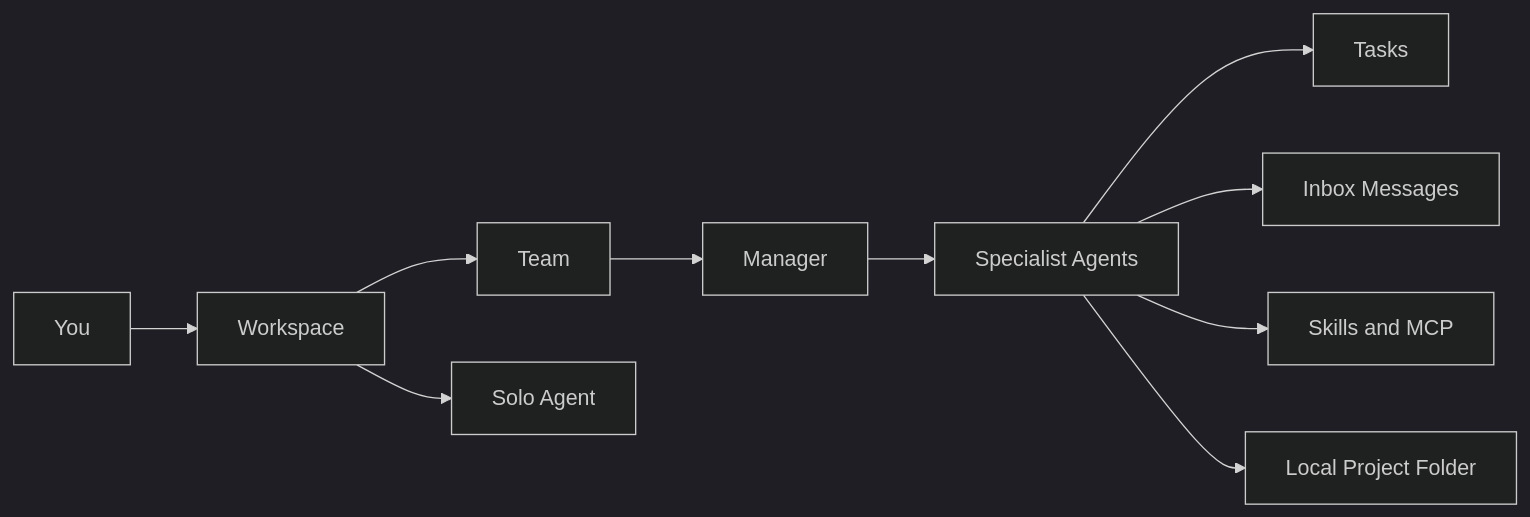
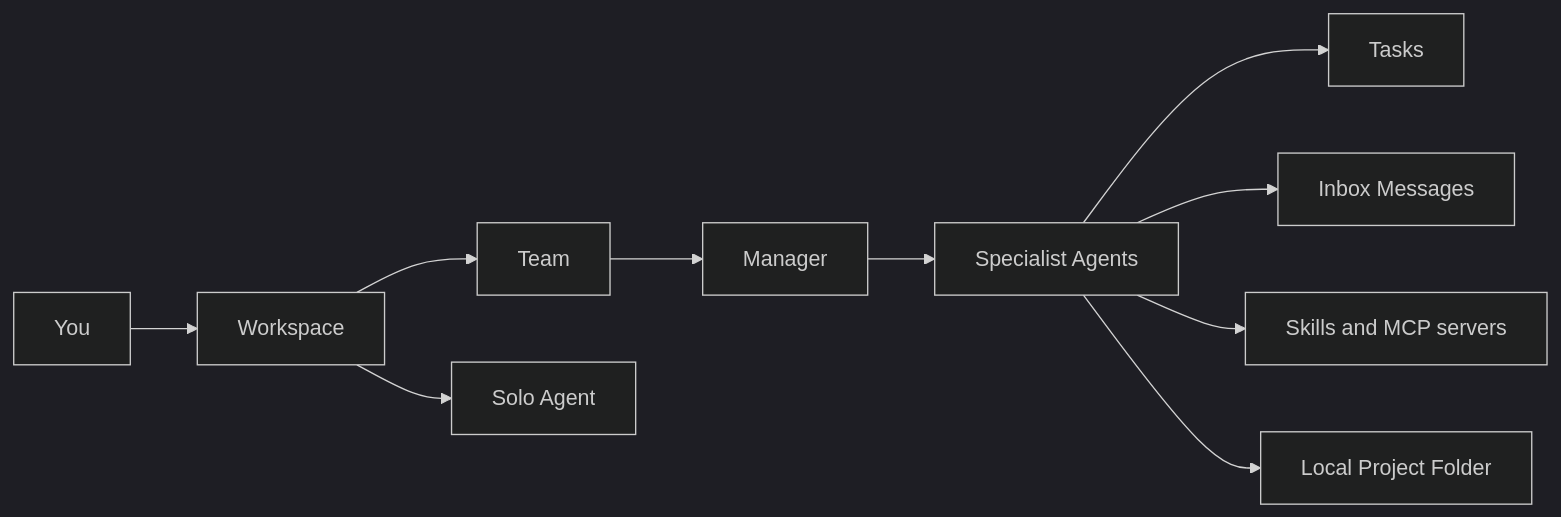
Before and after one commit to Syndicate-Labs-Inc/docs: the diagram in features/overview.mdx, drawn with Mermaid (dark theme). The commit also changed other lines of this file and 26 other files, not shown here.

````diff
--- a/features/overview.mdx
+++ b/features/overview.mdx
@@ -33,12 +33,12 @@
 ```mermaid
 flowchart LR
   User["You"] --> Workspace["Workspace"]
   Workspace --> Team["Team"]
   Workspace --> Solo["Solo Agent"]
   Team --> Manager["Manager"]
   Manager --> Agents["Specialist Agents"]
   Agents --> Tasks["Tasks"]
   Agents --> Inbox["Inbox Messages"]
-  Agents --> Tools["Skills and MCP"]
+  Agents --> Tools["Skills and MCP servers"]
   Agents --> Project["Local Project Folder"]
 ```
````
